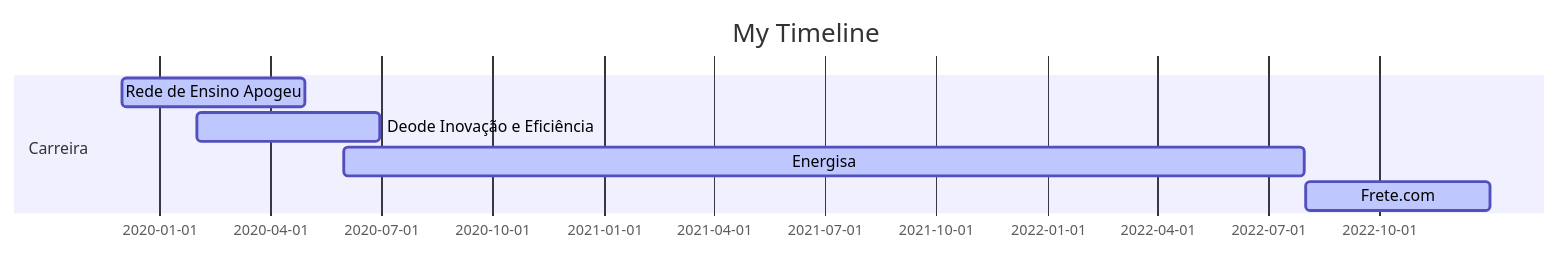
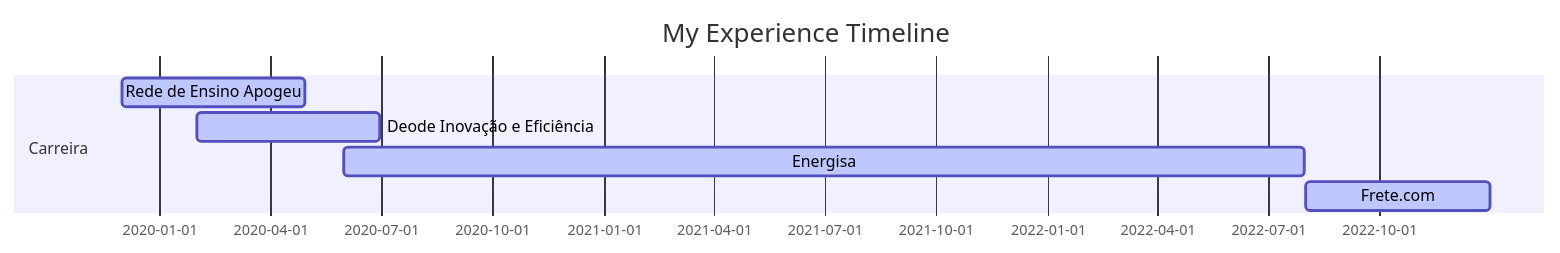
The diagram in README.md (leticiagcsilva/leticiagcsilva), drawn with Mermaid before and after one commit. The commit also changed other lines of this file, not shown here.

````diff
--- a/README.md
+++ b/README.md
@@ -5,13 +5,13 @@
 ```mermaid
 
 gantt
 dateFormat  YYYY-MM-DD
-title My Timeline
+title My Experience Timeline
 
 section Carreira
 Rede de Ensino Apogeu           :active,, 2019-12-01,2020-04-30
 Deode Inovação e Eficiência         :active,, 2020-02-01,2020-06-30
 Energisa       :active,, 2020-06-01,2022-07-31
 Frete.com         :active,, 2022-08-01,2022-12-31
 
 ```
````
